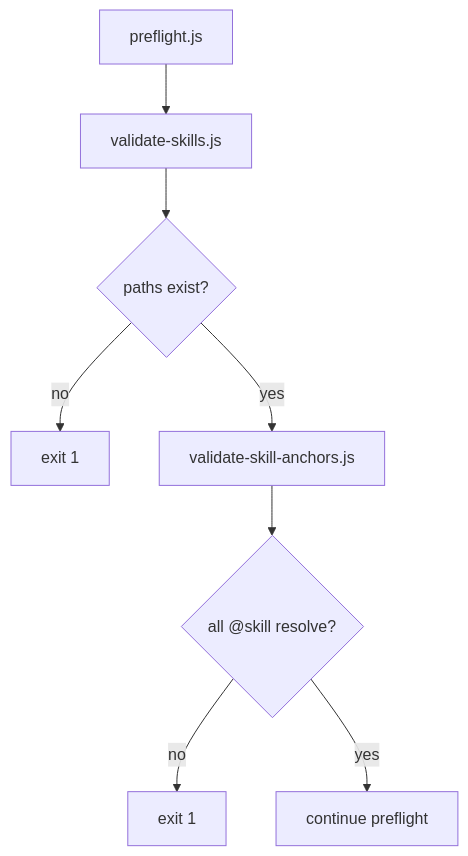
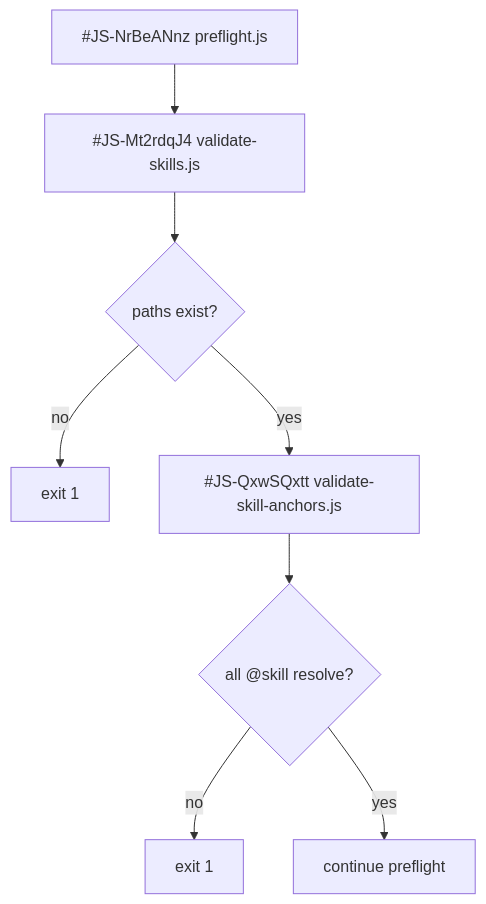
One commit to aoponomarev/mmb changed the fourth of 6 diagrams in docs/ais/ais-anti-staleness.md. Above: the diagram before and after it, drawn with Mermaid. The commit also changed other lines of this file and 31 other files, not shown here.

````diff
--- a/docs/ais/ais-anti-staleness.md
+++ b/docs/ais/ais-anti-staleness.md
@@ -122,11 +122,11 @@
 ```mermaid
 flowchart TD
-    P[preflight.js]
-    P --> VS[validate-skills.js]
+    P[#JS-NrBeANnz preflight.js]
+    P --> VS[#JS-Mt2rdqJ4 validate-skills.js]
     VS --> VSP{paths exist?}
     VSP -->|no| FAIL1[exit 1]
-    VSP -->|yes| VSA[validate-skill-anchors.js]
+    VSP -->|yes| VSA[#JS-QxwSQxtt validate-skill-anchors.js]
     VSA --> VSA2{all @skill resolve?}
     VSA2 -->|no| FAIL2[exit 1]
     VSA2 -->|yes| PASS[continue preflight]
 ```
````
